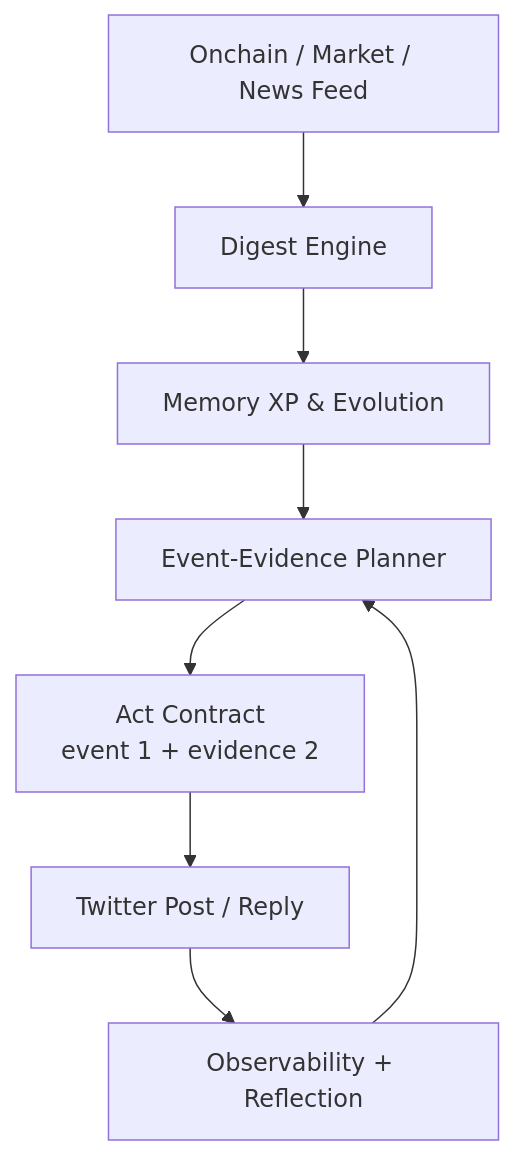
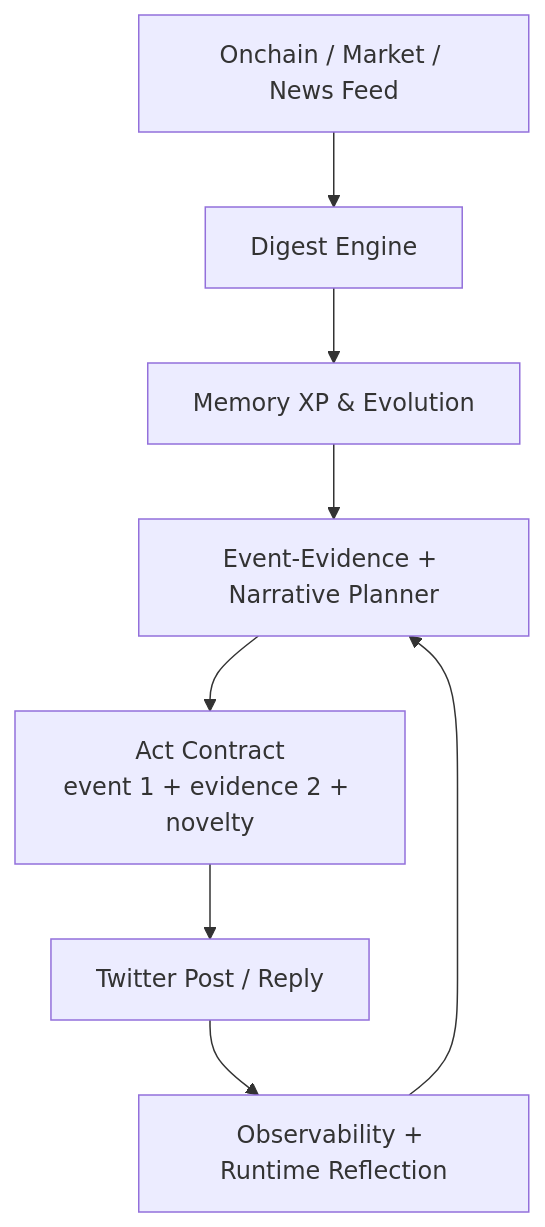
One commit to starlash7/Pixymon changed the first of 2 diagrams in README.md. Above: the diagram before and after it, drawn with Mermaid. The commit also changed other lines of this file and 21 other files, not shown here.

Commit message:
feat: rebuild runtime around narrative os and simplify core loop

````diff
--- a/README.md
+++ b/README.md
@@ -45,10 +45,10 @@
 ```mermaid
 flowchart TD
     A[Onchain / Market / News Feed] --> B[Digest Engine]
     B --> C[Memory XP & Evolution]
-    C --> D[Event-Evidence Planner]
-    D --> E[Act Contract<br/>event 1 + evidence 2]
+    C --> D[Event-Evidence + Narrative Planner]
+    D --> E[Act Contract<br/>event 1 + evidence 2 + novelty]
     E --> F[Twitter Post / Reply]
-    F --> G[Observability + Reflection]
+    F --> G[Observability + Runtime Reflection]
     G --> D
 ```
````
